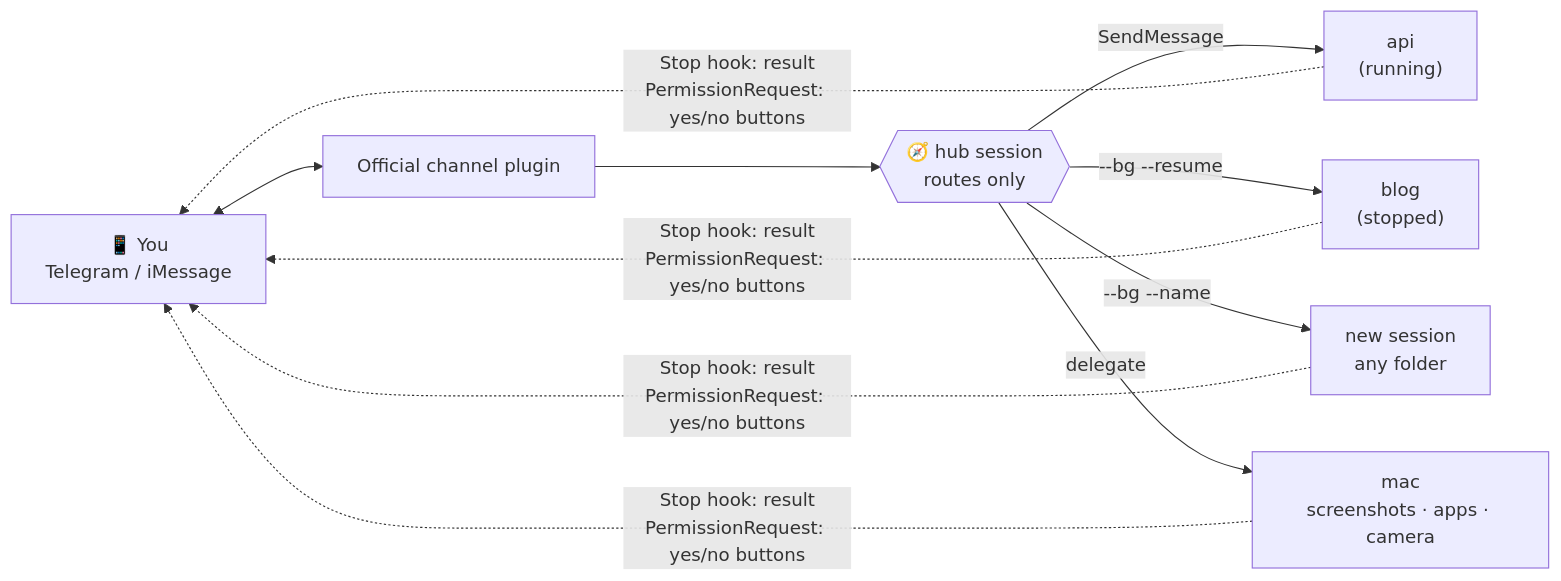
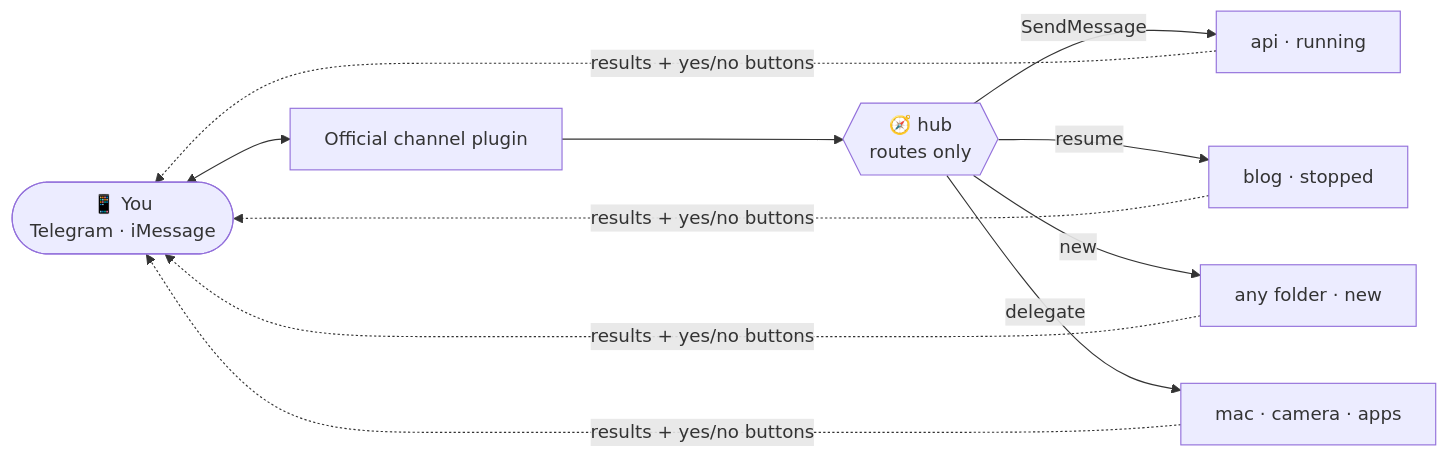
One commit to saswatsam786/telepilot changed the diagram in README.md. Above: the diagram before and after it, drawn with Mermaid. The commit also changed other lines of this file and 4 other files, not shown here.

````diff
--- a/README.md
+++ b/README.md
@@ -116,10 +126,10 @@
 ```mermaid
 flowchart LR
-    P["📱 You<br/>Telegram / iMessage"] <--> C["Official channel plugin"]
-    C --> H{{"🧭 hub session<br/>routes only"}}
-    H -- "SendMessage" --> A["api<br/>(running)"]
-    H -- "--bg --resume" --> B["blog<br/>(stopped)"]
-    H -- "--bg --name" --> N["new session<br/>any folder"]
-    H -- "delegate" --> M["mac<br/>screenshots · apps · camera"]
-    A & B & N & M -. "Stop hook: result<br/>PermissionRequest: yes/no buttons" .-> P
+    P(["📱 You<br/>Telegram · iMessage"]) <--> C["Official channel plugin"]
+    C --> H{{"🧭 hub<br/>routes only"}}
+    H -- "SendMessage" --> A["api · running"]
+    H -- "resume" --> B["blog · stopped"]
+    H -- "new" --> N["any folder · new"]
+    H -- "delegate" --> M["mac · camera · apps"]
+    A & B & N & M -. "results + yes/no buttons" .-> P
 ```
````
